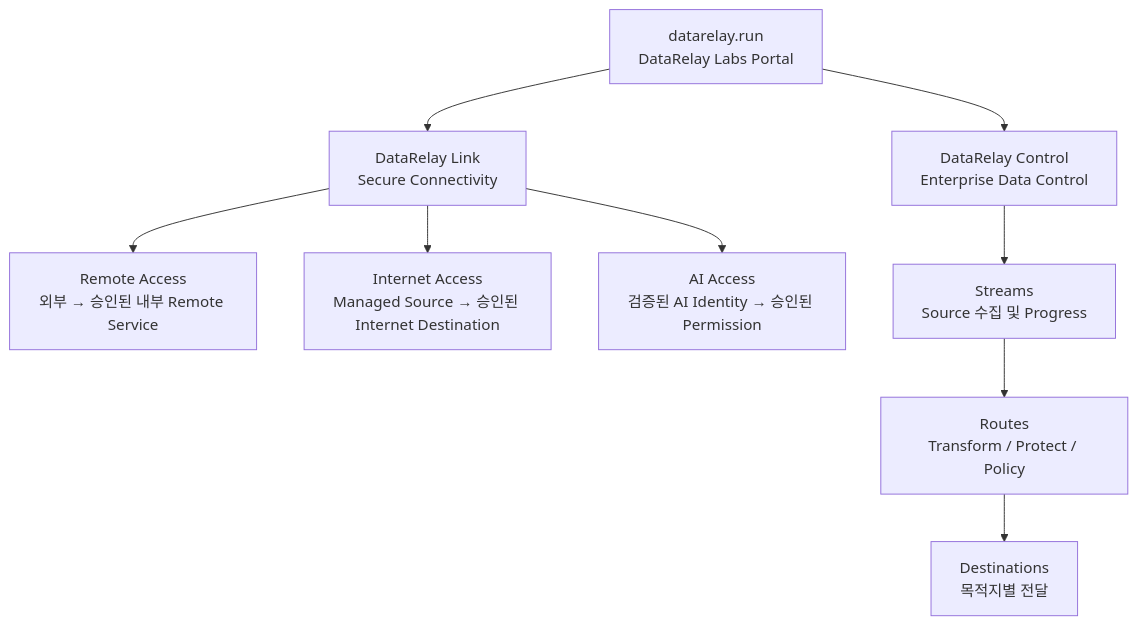
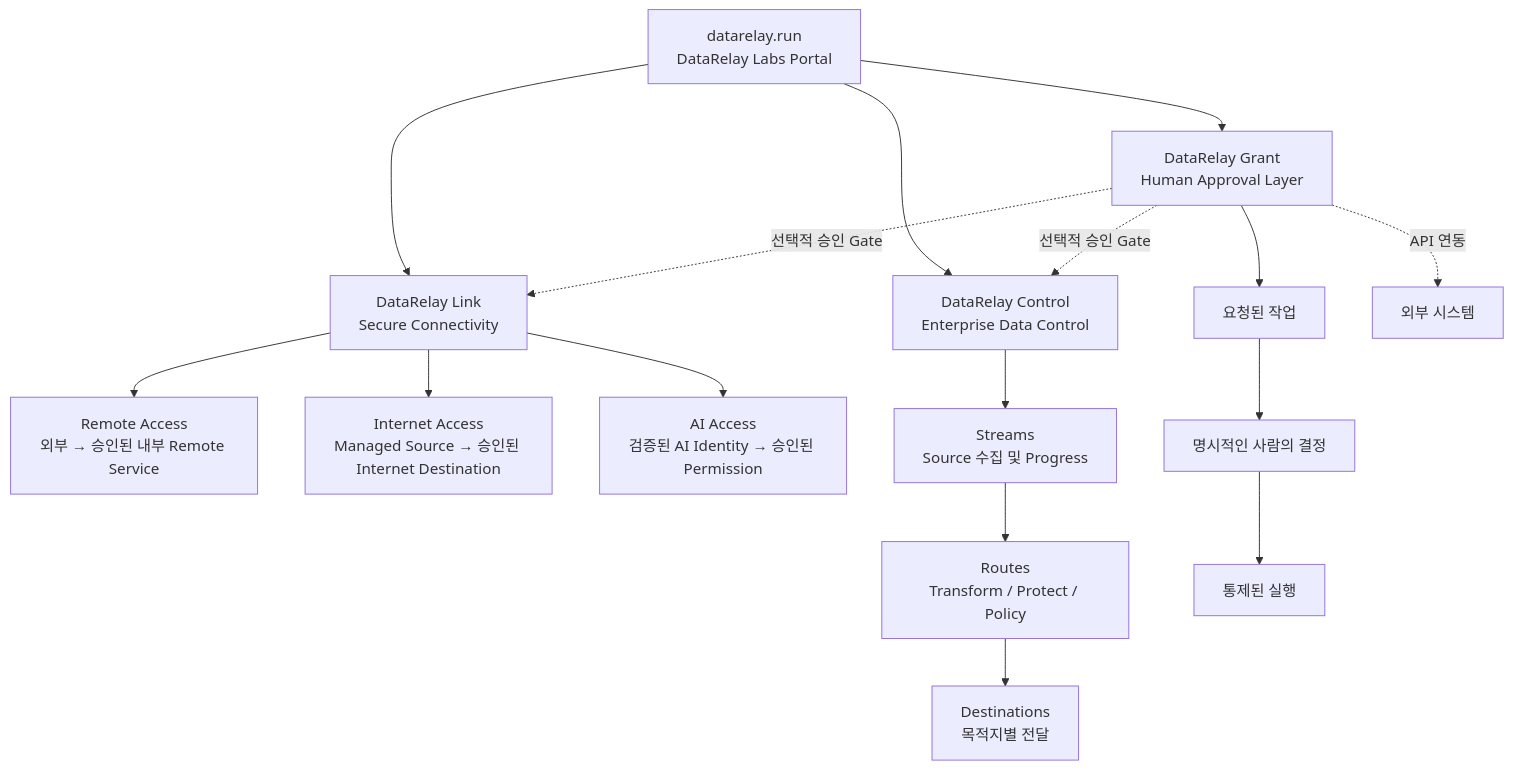
One commit to datarelay-labs/datarelay-docs changed the diagram in ko/project-map.mdx. Above: the diagram before and after it, drawn with Mermaid. The commit also changed other lines of this file, not shown here.

Commit message:
docs: add DataRelay Grant to product portfolio

````diff
--- a/ko/project-map.mdx
+++ b/ko/project-map.mdx
@@ -10,22 +10,34 @@
 ```mermaid
 flowchart TD
     P[datarelay.run\nDataRelay Labs Portal]
 
     L[DataRelay Link\nSecure Connectivity]
     C[DataRelay Control\nEnterprise Data Control]
+    G[DataRelay Grant\nHuman Approval Layer]
 
     RA[Remote Access\n외부 → 승인된 내부 Remote Service]
     IA[Internet Access\nManaged Source → 승인된 Internet Destination]
     AI[AI Access\n검증된 AI Identity → 승인된 Permission]
 
     ST[Streams\nSource 수집 및 Progress]
     RT[Routes\nTransform / Protect / Policy]
     DS[Destinations\n목적지별 전달]
 
+    REQ[요청된 작업]
+    DEC[명시적인 사람의 결정]
+    EXE[통제된 실행]
+
     P --> L
     P --> C
+    P --> G
+
     L --> RA
     L --> IA
     L --> AI
     C --> ST --> RT --> DS
+    G --> REQ --> DEC --> EXE
+
+    G -. 선택적 승인 Gate .-> L
+    G -. 선택적 승인 Gate .-> C
+    G -. API 연동 .-> EXT[외부 시스템]
 ```
````
